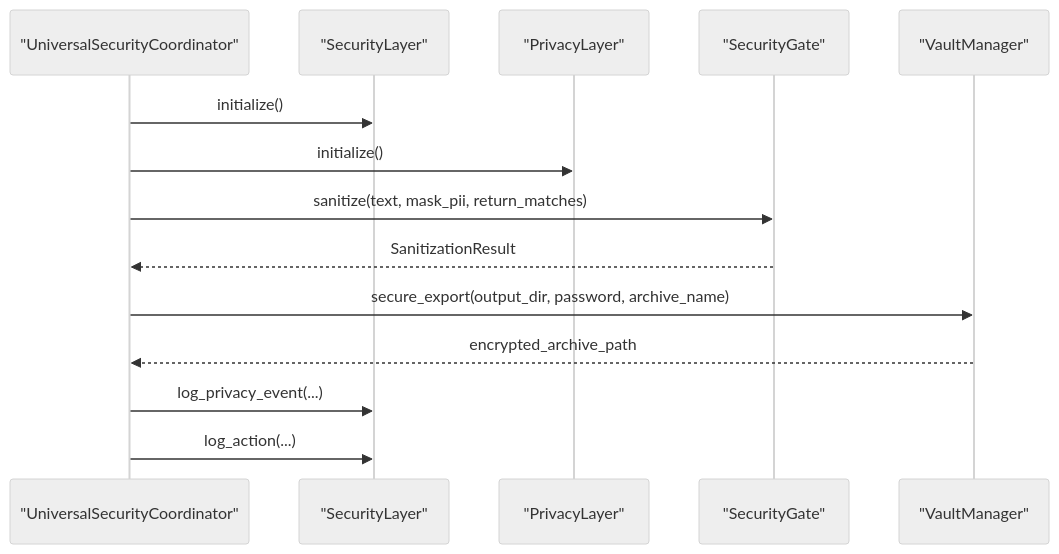
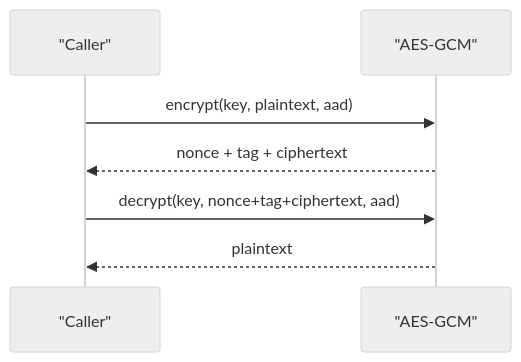
Before and after one commit to Hamulda/hledac-universal: the sixth of 14 diagrams in .qoder/repowiki/en/content/Security and Privacy/Security and Privacy.md, drawn with Mermaid (neutral theme). The commit also changed other lines of this file and 236 other files, not shown here.

````diff
--- a/.qoder/repowiki/en/content/Security and Privacy/Security and Privacy.md
+++ b/.qoder/repowiki/en/content/Security and Privacy/Security and Privacy.md
@@ -288,16 +252,9 @@
 ```mermaid
 sequenceDiagram
-participant Orchestrator as "UniversalSecurityCoordinator"
-participant SL as "SecurityLayer"
-participant PL as "PrivacyLayer"
-participant Gate as "SecurityGate"
-participant Vault as "VaultManager"
-Orchestrator->>SL : initialize()
-Orchestrator->>PL : initialize()
-Orchestrator->>Gate : sanitize(text, mask_pii, return_matches)
-Gate-->>Orchestrator : SanitizationResult
-Orchestrator->>Vault : secure_export(output_dir, password, archive_name)
-Vault-->>Orchestrator : encrypted_archive_path
-Orchestrator->>SL : log_privacy_event(...)
-Orchestrator->>SL : log_action(...)
+participant Caller as "Caller"
+participant AES as "AES-GCM"
+Caller->>AES : encrypt(key, plaintext, aad)
+AES-->>Caller : nonce + tag + ciphertext
+Caller->>AES : decrypt(key, nonce+tag+ciphertext, aad)
+AES-->>Caller : plaintext
 ```
````
